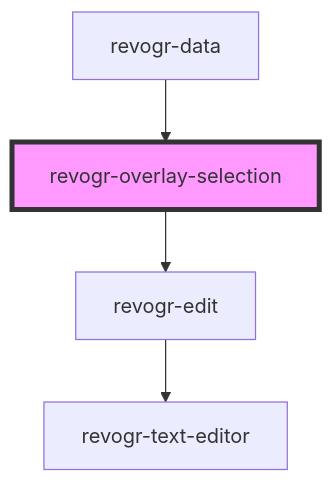
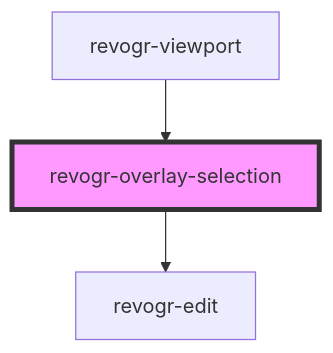
One commit to revolist/revogrid changed the diagram in src/components/overlay/selection/readme.md. Above: the diagram before and after it, drawn with Mermaid. The commit also changed other lines of this file and 15 other files, not shown here.

````diff
--- a/src/components/overlay/selection/readme.md
+++ b/src/components/overlay/selection/readme.md
@@ -33,7 +43,6 @@
 ```mermaid
 graph TD;
   revogr-overlay-selection --> revogr-edit
-  revogr-edit --> revogr-text-editor
-  revogr-data --> revogr-overlay-selection
+  revogr-viewport --> revogr-overlay-selection
   style revogr-overlay-selection fill:#f9f,stroke:#333,stroke-width:4px
 ```
````
